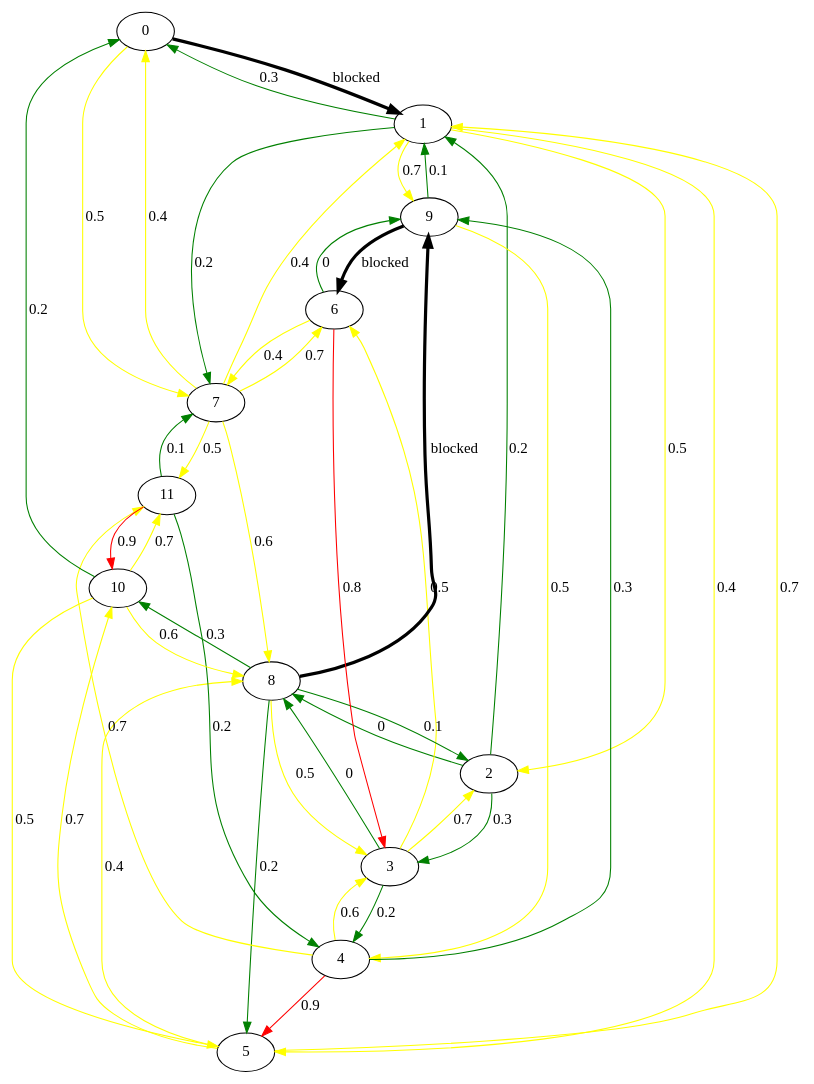
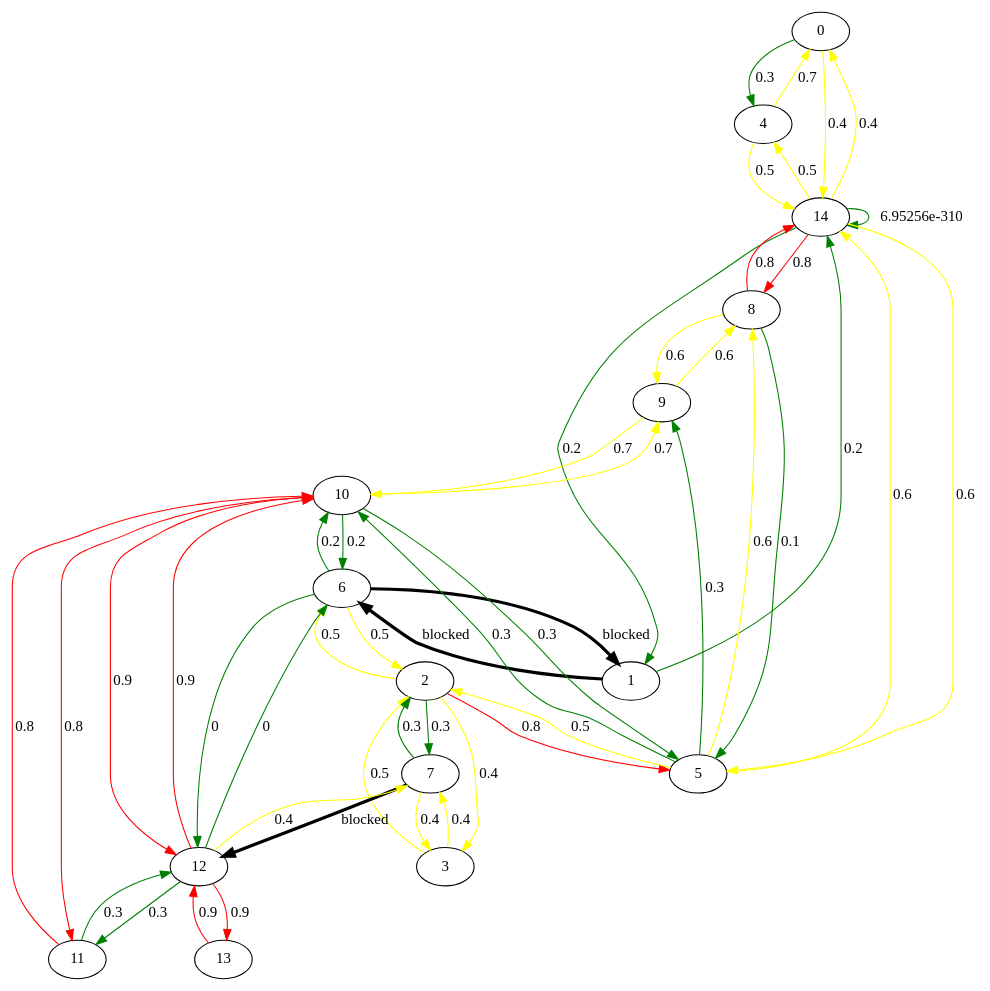
The diagram in output.dot (Code-with-ease/road-not-taken), drawn with Graphviz before and after one commit. The commit also changed 4 other files, not shown here.

```diff
--- a/output.dot
+++ b/output.dot
@@ -1,46 +1,50 @@
 digraph Test {
-0 -> 1[label="blocked",color= black, penwidth="3"];
-0 -> 7[label="0.5",color= yellow, penwidth="1"];
-1 -> 0[label="0.3",color= green, penwidth="1"];
-1 -> 2[label="0.5",color= yellow, penwidth="1"];
-1 -> 5[label="0.4",color= yellow, penwidth="1"];
-1 -> 7[label="0.2",color= green, penwidth="1"];
-1 -> 9[label="0.7",color= yellow, penwidth="1"];
-2 -> 1[label="0.2",color= green, penwidth="1"];
-2 -> 3[label="0.3",color= green, penwidth="1"];
-2 -> 8[label="0",color= green, penwidth="1"];
-3 -> 2[label="0.7",color= yellow, penwidth="1"];
-3 -> 4[label="0.2",color= green, penwidth="1"];
-3 -> 6[label="0.5",color= yellow, penwidth="1"];
-3 -> 8[label="0",color= green, penwidth="1"];
-4 -> 3[label="0.6",color= yellow, penwidth="1"];
-4 -> 5[label="0.9",color= red, penwidth="1"];
-4 -> 9[label="0.3",color= green, penwidth="1"];
-4 -> 11[label="0.7",color= yellow, penwidth="1"];
-5 -> 1[label="0.7",color= yellow, penwidth="1"];
-5 -> 8[label="0.4",color= yellow, penwidth="1"];
-5 -> 10[label="0.7",color= yellow, penwidth="1"];
-6 -> 3[label="0.8",color= red, penwidth="1"];
-6 -> 7[label="0.4",color= yellow, penwidth="1"];
-6 -> 9[label="0",color= green, penwidth="1"];
-7 -> 0[label="0.4",color= yellow, penwidth="1"];
-7 -> 1[label="0.4",color= yellow, penwidth="1"];
-7 -> 6[label="0.7",color= yellow, penwidth="1"];
-7 -> 8[label="0.6",color= yellow, penwidth="1"];
-7 -> 11[label="0.5",color= yellow, penwidth="1"];
-8 -> 2[label="0.1",color= green, penwidth="1"];
-8 -> 3[label="0.5",color= yellow, penwidth="1"];
-8 -> 5[label="0.2",color= green, penwidth="1"];
-8 -> 9[label="blocked",color= black, penwidth="3"];
-8 -> 10[label="0.3",color= green, penwidth="1"];
-9 -> 1[label="0.1",color= green, penwidth="1"];
-9 -> 4[label="0.5",color= yellow, penwidth="1"];
-9 -> 6[label="blocked",color= black, penwidth="3"];
-10 -> 0[label="0.2",color= green, penwidth="1"];
-10 -> 5[label="0.5",color= yellow, penwidth="1"];
-10 -> 8[label="0.6",color= yellow, penwidth="1"];
-10 -> 11[label="0.7",color= yellow, penwidth="1"];
-11 -> 4[label="0.2",color= green, penwidth="1"];
-11 -> 7[label="0.1",color= green, penwidth="1"];
-11 -> 10[label="0.9",color= red, penwidth="1"];
+0 -> 4[label="0.3",color= green, penwidth="1"];
+0 -> 14[label="0.4",color= yellow, penwidth="1"];
+1 -> 6[label="blocked",color= black, penwidth="3"];
+1 -> 14[label="0.2",color= green, penwidth="1"];
+2 -> 3[label="0.4",color= yellow, penwidth="1"];
+2 -> 5[label="0.8",color= red, penwidth="1"];
+2 -> 6[label="0.5",color= yellow, penwidth="1"];
+2 -> 7[label="0.3",color= green, penwidth="1"];
+3 -> 2[label="0.5",color= yellow, penwidth="1"];
+3 -> 7[label="0.4",color= yellow, penwidth="1"];
+4 -> 0[label="0.7",color= yellow, penwidth="1"];
+4 -> 14[label="0.5",color= yellow, penwidth="1"];
+5 -> 2[label="0.5",color= yellow, penwidth="1"];
+5 -> 8[label="0.6",color= yellow, penwidth="1"];
+5 -> 9[label="0.3",color= green, penwidth="1"];
+5 -> 10[label="0.3",color= green, penwidth="1"];
+5 -> 14[label="0.6",color= yellow, penwidth="1"];
+6 -> 1[label="blocked",color= black, penwidth="3"];
+6 -> 2[label="0.5",color= yellow, penwidth="1"];
+6 -> 10[label="0.2",color= green, penwidth="1"];
+6 -> 12[label="0",color= green, penwidth="1"];
+7 -> 2[label="0.3",color= green, penwidth="1"];
+7 -> 3[label="0.4",color= yellow, penwidth="1"];
+7 -> 12[label="blocked",color= black, penwidth="3"];
+8 -> 5[label="0.1",color= green, penwidth="1"];
+8 -> 9[label="0.6",color= yellow, penwidth="1"];
+8 -> 14[label="0.8",color= red, penwidth="1"];
+9 -> 8[label="0.6",color= yellow, penwidth="1"];
+9 -> 10[label="0.7",color= yellow, penwidth="1"];
+10 -> 5[label="0.3",color= green, penwidth="1"];
+10 -> 6[label="0.2",color= green, penwidth="1"];
+10 -> 9[label="0.7",color= yellow, penwidth="1"];
+10 -> 11[label="0.8",color= red, penwidth="1"];
+10 -> 12[label="0.9",color= red, penwidth="1"];
+11 -> 10[label="0.8",color= red, penwidth="1"];
+11 -> 12[label="0.3",color= green, penwidth="1"];
+12 -> 6[label="0",color= green, penwidth="1"];
+12 -> 7[label="0.4",color= yellow, penwidth="1"];
+12 -> 10[label="0.9",color= red, penwidth="1"];
+12 -> 11[label="0.3",color= green, penwidth="1"];
+12 -> 13[label="0.9",color= red, penwidth="1"];
+13 -> 12[label="0.9",color= red, penwidth="1"];
+14 -> 0[label="0.4",color= yellow, penwidth="1"];
+14 -> 1[label="0.2",color= green, penwidth="1"];
+14 -> 4[label="0.5",color= yellow, penwidth="1"];
+14 -> 5[label="0.6",color= yellow, penwidth="1"];
+14 -> 8[label="0.8",color= red, penwidth="1"];
+14 -> 14[label="6.95256e-310",color= green, penwidth="1"];
 }
```
